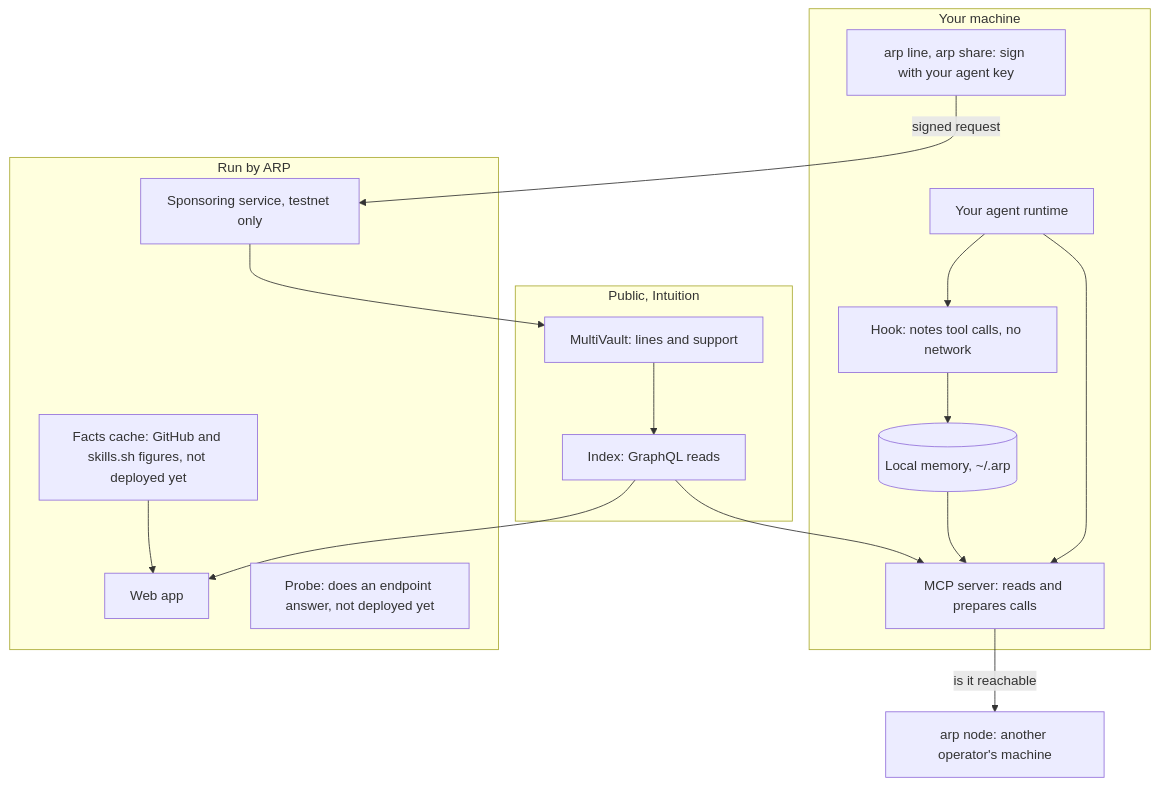
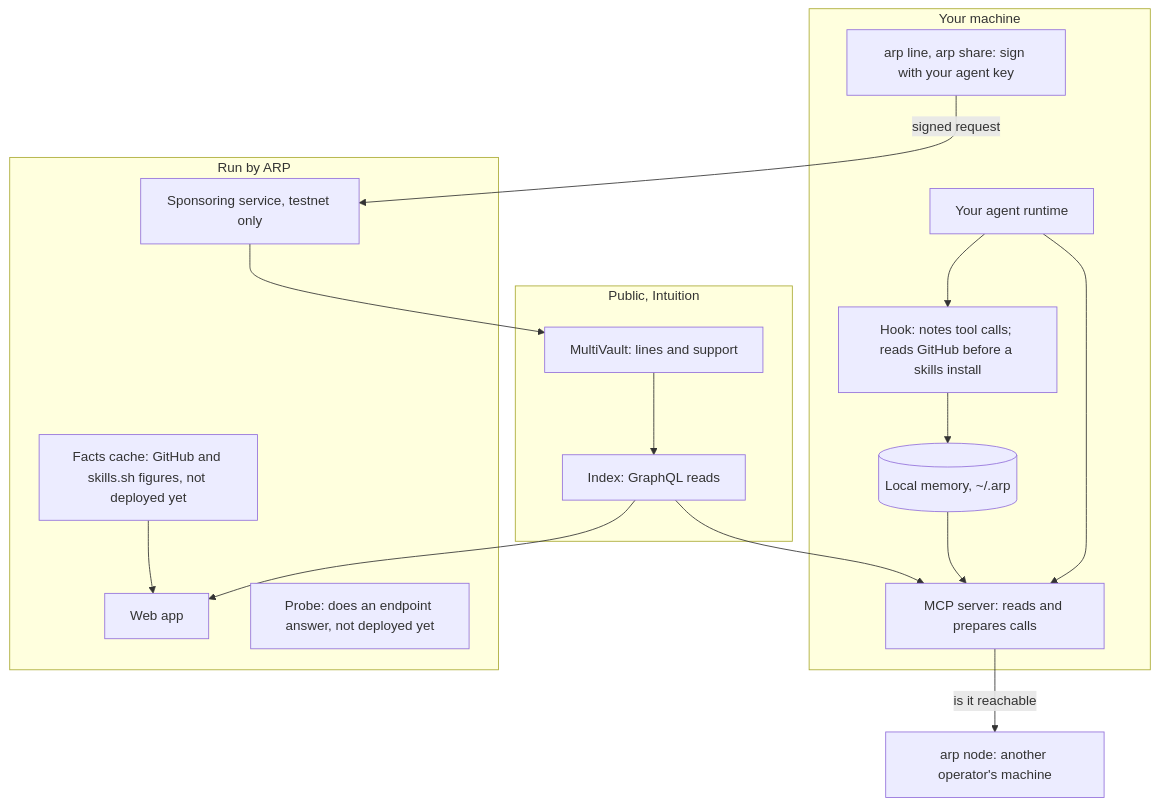
The first of 3 diagrams in apps/web/public/docs/architecture.md (intuition-box/ARP), drawn with Mermaid before and after one commit. The commit also changed other lines of this file and 12 other files, not shown here.

First line of the commit message:
docs(task-98): the hook reads GitHub before a skills install — ADR 0167, task file, retraction

````diff
--- a/apps/web/public/docs/architecture.md
+++ b/apps/web/public/docs/architecture.md
@@ -21,32 +21,32 @@
 ```mermaid
 flowchart TB
     subgraph you["Your machine"]
         runtime["Your agent runtime"]
         mcp["MCP server: reads and prepares calls"]
-        hook["Hook: notes tool calls, no network"]
+        hook["Hook: notes tool calls; reads GitHub before a skills install"]
         mem[("Local memory, ~/.arp")]
         cli["arp line, arp share: sign with your agent key"]
     end
     subgraph arp["Run by ARP"]
         web["Web app"]
         sponsor["Sponsoring service, testnet only"]
         api["Facts cache: GitHub and skills.sh figures, not deployed yet"]
         probe["Probe: does an endpoint answer, not deployed yet"]
     end
     subgraph public["Public, Intuition"]
         vault["MultiVault: lines and support"]
         index["Index: GraphQL reads"]
     end
     node["arp node: another operator's machine"]
     runtime --> mcp
     runtime --> hook
     hook --> mem
     mem --> mcp
     cli -- "signed request" --> sponsor
     sponsor --> vault
     vault --> index
     index --> mcp
     index --> web
     api --> web
     mcp -- "is it reachable" --> node
 ```
````
